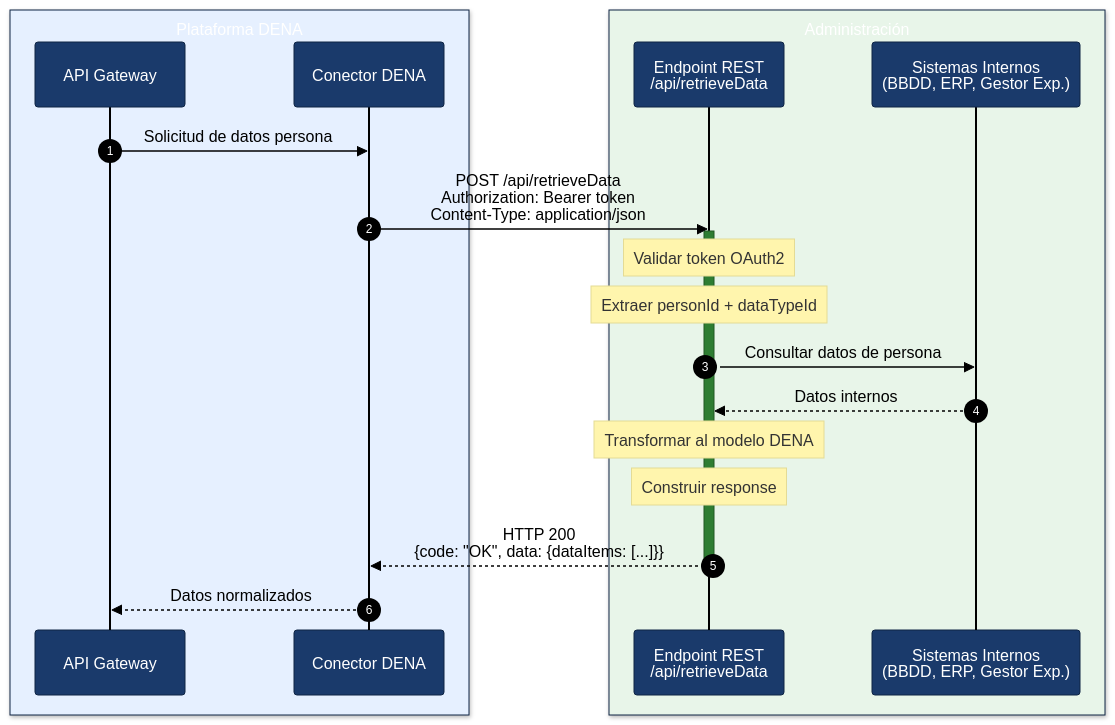
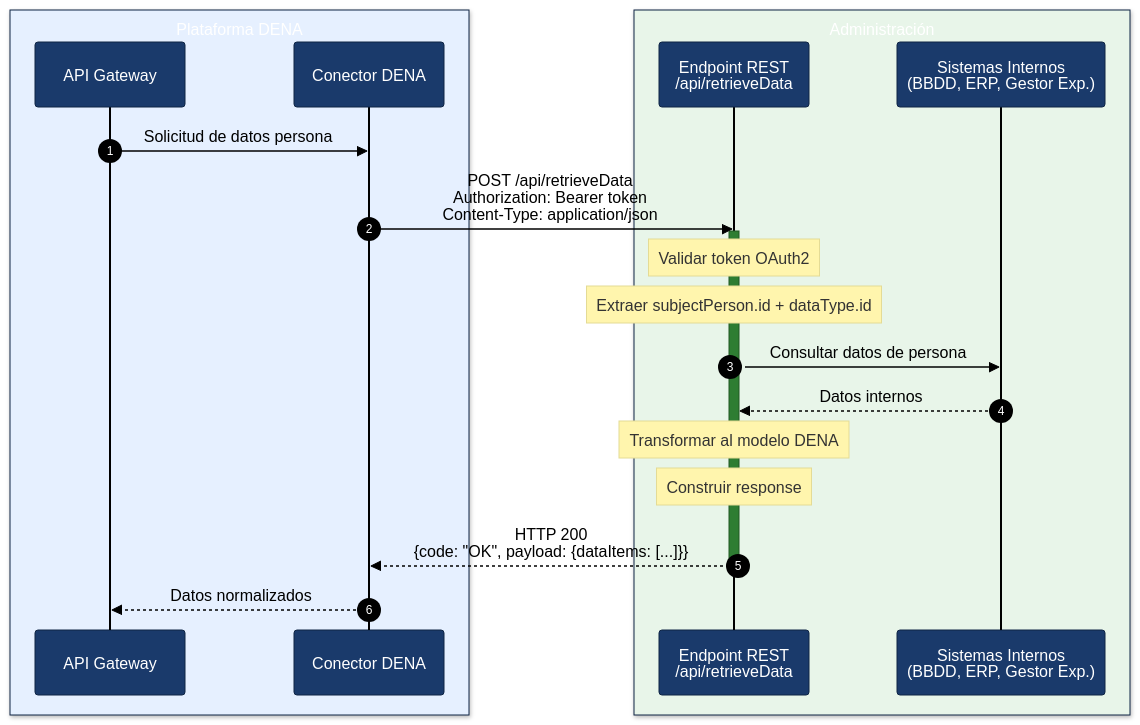
The diagram in docs/semantica/data-retrieve/guia-implementacion.md (DENA-Euskadi/dena-euskadi.github.io), drawn with Mermaid before and after one commit. The commit also changed other lines of this file and 117 other files, not shown here.

````diff
--- a/docs/semantica/data-retrieve/guia-implementacion.md
+++ b/docs/semantica/data-retrieve/guia-implementacion.md
@@ -11,41 +11,41 @@
 ```mermaid
 ---
 config:
   theme: base
   themeVariables:
     primaryColor: "#1A3A6B"
     primaryTextColor: "#FFFFFF"
     primaryBorderColor: "#0F2545"
     lineColor: "#000000"
     secondaryColor: "#2E7D32"
     tertiaryColor: "#F5F5F5"
     fontSize: "13px"
     sequenceNumberColor: "#FFFFFF"
     actorLineColor: "#000000"
     signalColor: "#000000"
     signalTextColor: "#000000"
 ---
 sequenceDiagram
     autonumber
     box rgb(230,240,255) Plataforma DENA
         participant GW as API Gateway
         participant CONN as Conector DENA
     end
     box rgb(232,245,233) Administración
         participant ADMIN as Endpoint REST<br/>/api/retrieveData
         participant SYS as Sistemas Internos<br/>(BBDD, ERP, Gestor Exp.)
     end
 
     GW->>CONN: Solicitud de datos persona
     CONN->>ADMIN: POST /api/retrieveData<br/>Authorization: Bearer token<br/>Content-Type: application/json
     activate ADMIN
     Note over ADMIN: Validar token OAuth2
-    Note over ADMIN: Extraer personId + dataTypeId
+    Note over ADMIN: Extraer subjectPerson.id + dataType.id
     ADMIN->>SYS: Consultar datos de persona
     SYS-->>ADMIN: Datos internos
     Note over ADMIN: Transformar al modelo DENA
     Note over ADMIN: Construir response
-    ADMIN-->>CONN: HTTP 200<br/>{code: "OK", data: {dataItems: [...]}}
+    ADMIN-->>CONN: HTTP 200<br/>{code: "OK", payload: {dataItems: [...]}}
     deactivate ADMIN
     CONN-->>GW: Datos normalizados
 ```
````
